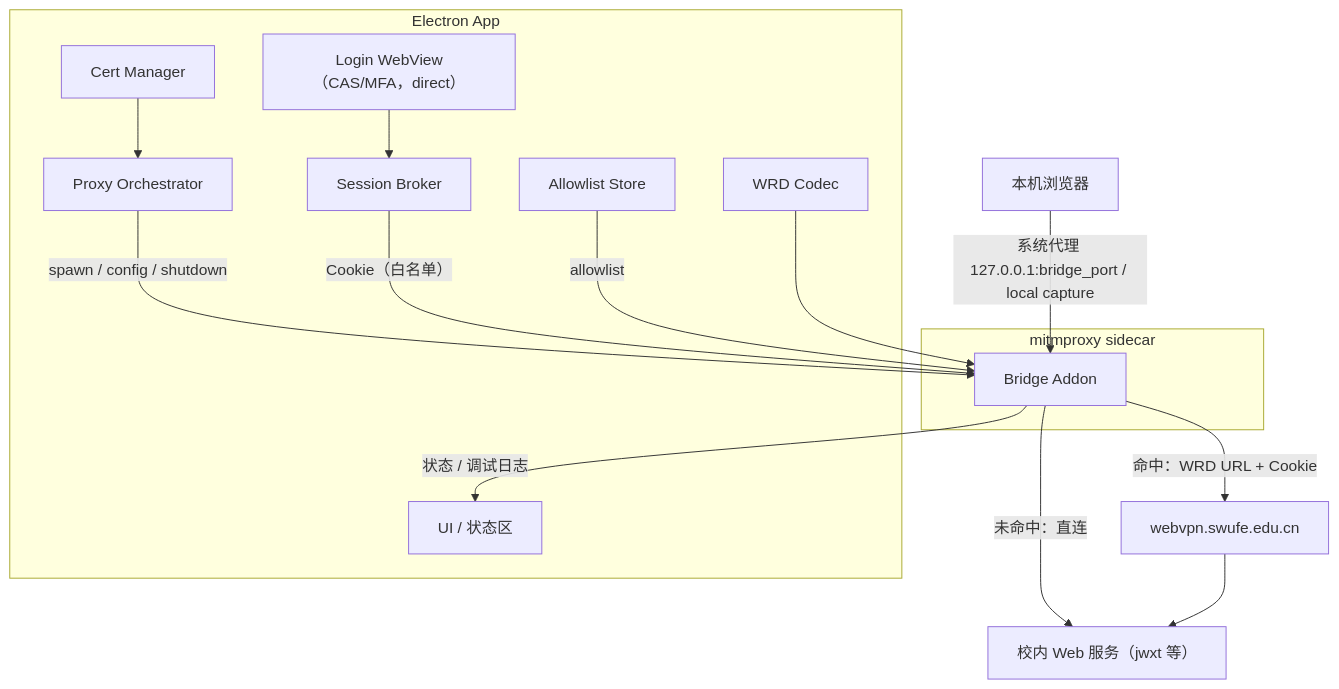
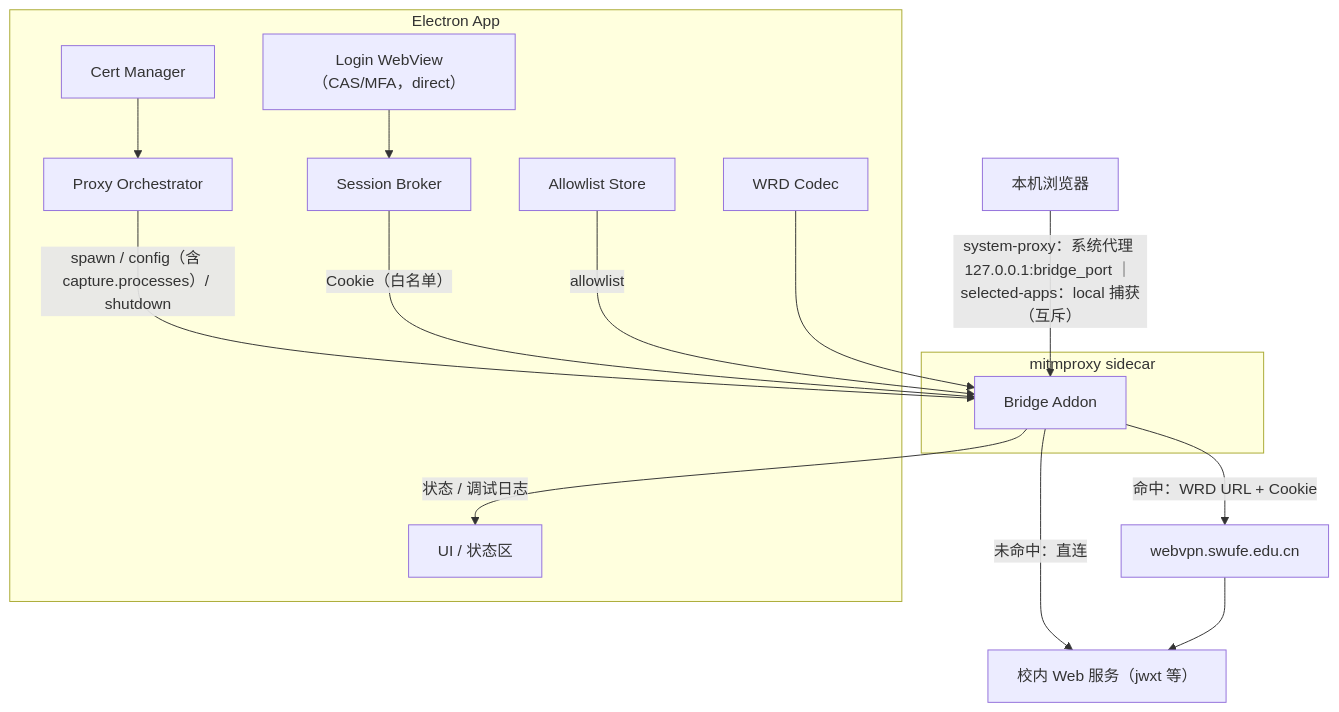
The diagram in specs/001-phase1-local-bridge/design.md (cherrchen/swufe-webvpn-codec), drawn with Mermaid before and after one commit. The commit also changed other lines of this file and 34 other files, not shown here.

````diff
--- a/specs/001-phase1-local-bridge/design.md
+++ b/specs/001-phase1-local-bridge/design.md
@@ -51,29 +52,29 @@
 ```mermaid
 flowchart TB
     subgraph APP["Electron App"]
         UI["UI / 状态区"]
         WV["Login WebView（CAS/MFA，direct）"]
         SB["Session Broker"]
         PO["Proxy Orchestrator"]
         CM["Cert Manager"]
         AL["Allowlist Store"]
         CODEC["WRD Codec"]
     end
     subgraph SIDE["mitmproxy sidecar"]
         ADDON["Bridge Addon"]
     end
     BROWSER["本机浏览器"]
     WEBVPN["webvpn.swufe.edu.cn"]
     JWXT["校内 Web 服务（jwxt 等）"]
-    BROWSER -->|"系统代理 127.0.0.1:bridge_port / local capture"| ADDON
-    PO -->|"spawn / config / shutdown"| ADDON
+    BROWSER -->|"system-proxy：系统代理 127.0.0.1:bridge_port ｜ selected-apps：local 捕获（互斥）"| ADDON
+    PO -->|"spawn / config（含 capture.processes）/ shutdown"| ADDON
     SB -->|"Cookie（白名单）"| ADDON
     AL -->|"allowlist"| ADDON
     CODEC --> ADDON
     ADDON -->|"命中：WRD URL + Cookie"| WEBVPN
     ADDON -->|"未命中：直连"| JWXT
     WEBVPN --> JWXT
     ADDON -->|"状态 / 调试日志"| UI
     WV --> SB
     CM --> PO
 ```
````
